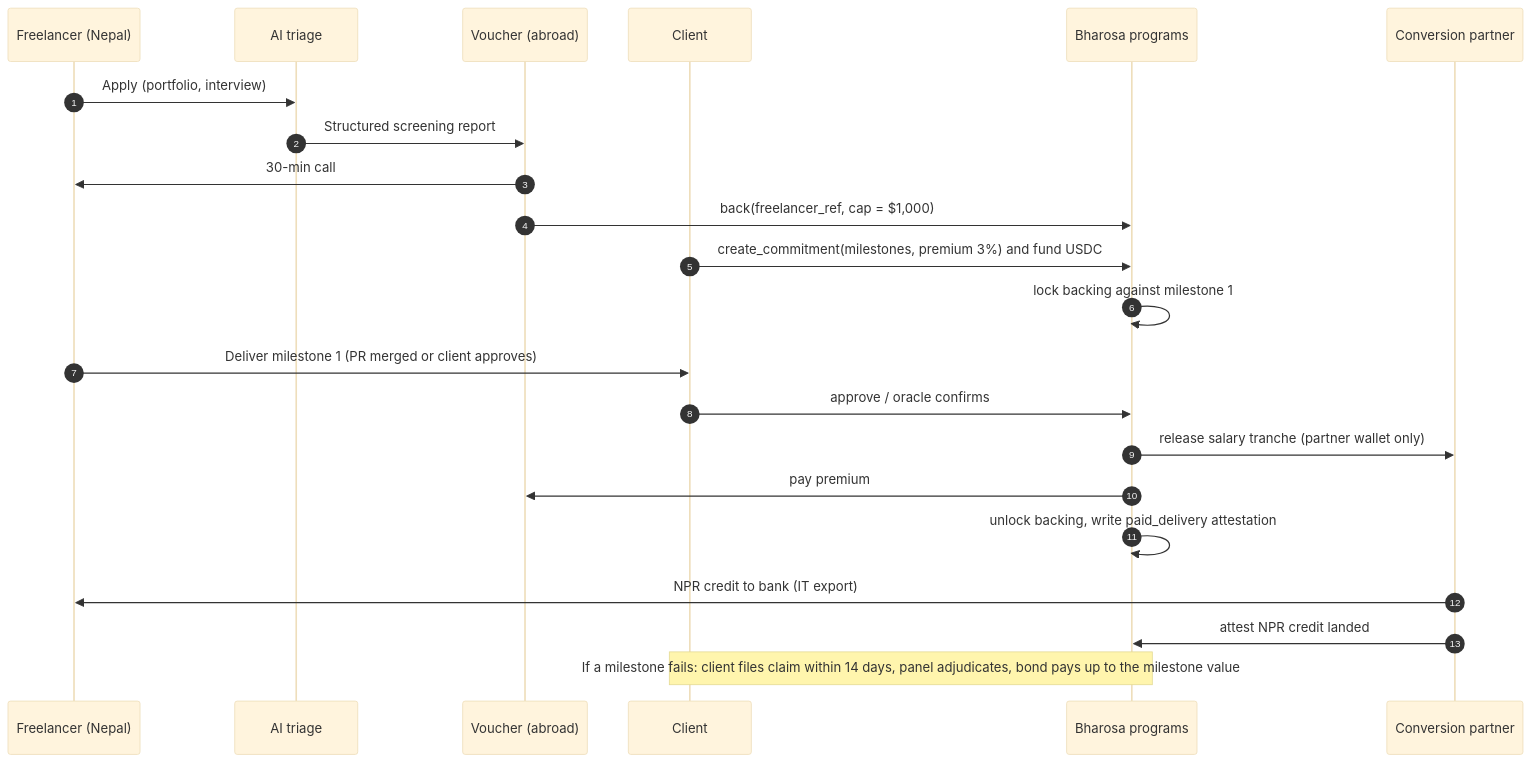
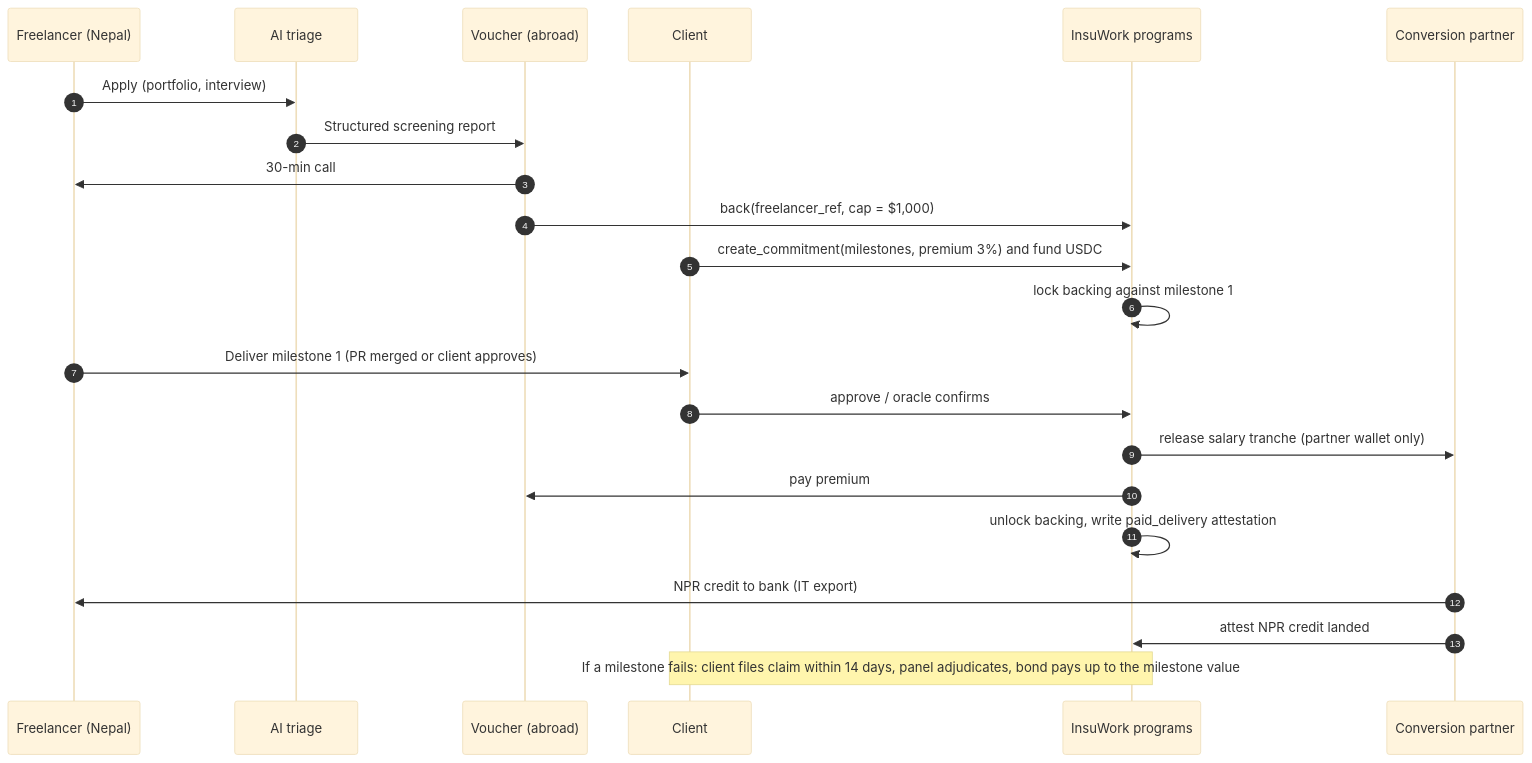
The second of 2 diagrams in IDEA.md (Icexres/insuwork), drawn with Mermaid (base theme) before and after one commit. The commit also changed other lines of this file and 24 other files, not shown here.

````diff
--- a/IDEA.md
+++ b/IDEA.md
@@ -165,24 +165,24 @@
 ```mermaid
 sequenceDiagram
   autonumber
   participant F as Freelancer (Nepal)
   participant AI as AI triage
   participant V as Voucher (abroad)
   participant C as Client
-  participant PG as Bharosa programs
+  participant PG as InsuWork programs
   participant P as Conversion partner
   F->>AI: Apply (portfolio, interview)
   AI->>V: Structured screening report
   V->>F: 30-min call
   V->>PG: back(freelancer_ref, cap = $1,000)
   C->>PG: create_commitment(milestones, premium 3%) and fund USDC
   PG->>PG: lock backing against milestone 1
   F->>C: Deliver milestone 1 (PR merged or client approves)
   C->>PG: approve / oracle confirms
   PG->>P: release salary tranche (partner wallet only)
   PG->>V: pay premium
   PG->>PG: unlock backing, write paid_delivery attestation
   P->>F: NPR credit to bank (IT export)
   P->>PG: attest NPR credit landed
   Note over C,PG: If a milestone fails: client files claim within 14 days, panel adjudicates, bond pays up to the milestone value
 ```
````
